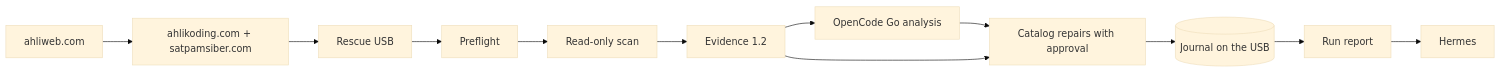
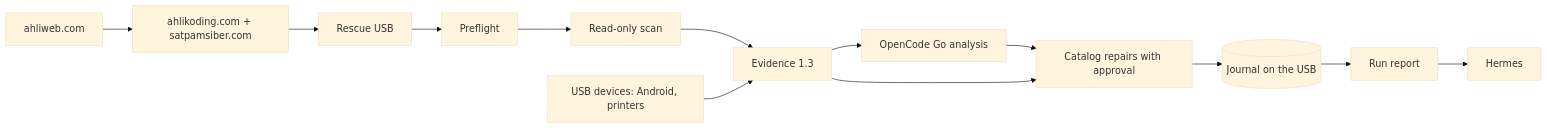
The first of 7 diagrams in README.md (ahliweb/linux-mint-xfce-rescue-ai), drawn with Mermaid (base theme) before and after one commit. The commit also changed other lines of this file and 5 other files, not shown here.

Commit message:
release: 0.6.0 - USB field fixes, Android and printer targets

````diff
--- a/README.md
+++ b/README.md
@@ -14,14 +14,15 @@
 ```mermaid
 flowchart LR
     USB[Rescue USB] --> P[Preflight]
     P --> S[Read-only scan]
-    S --> E[Evidence 1.2]
+    S --> E[Evidence 1.3]
+    D[USB devices: Android, printers] --> E
     E --> G[OpenCode Go analysis]
     G --> R[Catalog repairs with approval]
     E --> R
     R --> J[(Journal on the USB)]
     J --> RP[Run report]
     RP --> H[Hermes]
     M[ahliweb.com] --> K[ahlikoding.com + satpamsiber.com]
     K --> USB
 ```
````
